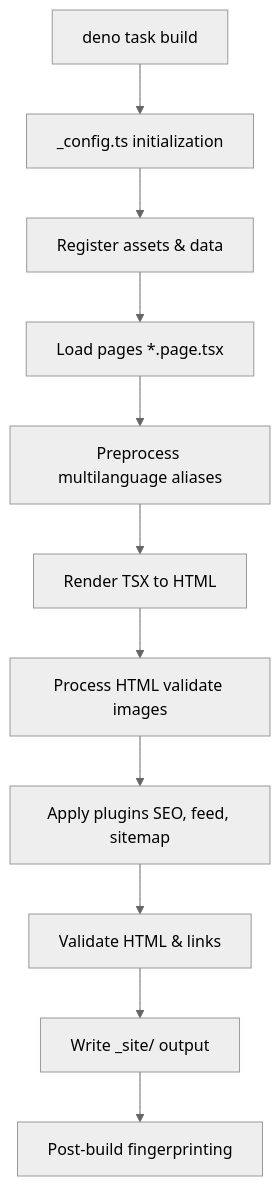
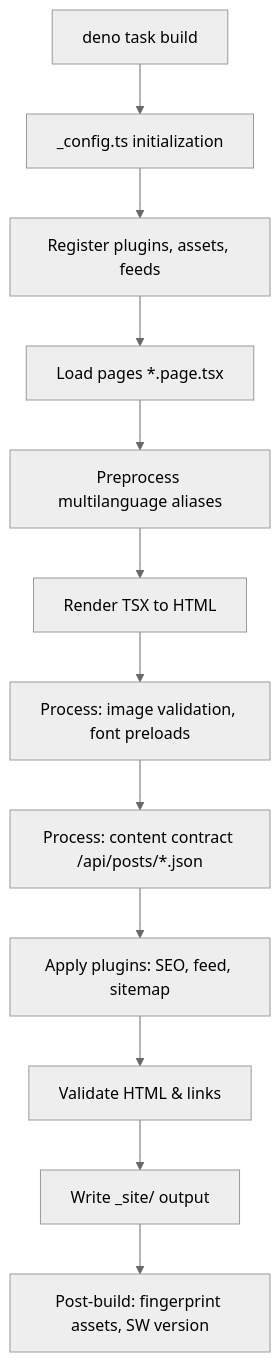
The third of 3 diagrams in ARCHITECTURE.md (frenchvandal/normco.re), drawn with Mermaid (neutral theme) before and after one commit. The commit also changed other lines of this file and 1 other file, not shown here.

First line of the commit message:
docs(architecture): rewrite ARCHITECTURE.md for Carbon migration

````diff
--- a/ARCHITECTURE.md
+++ b/ARCHITECTURE.md
@@ -82,13 +160,14 @@
 ```mermaid
 flowchart TD
     A[deno task build] --> B[_config.ts initialization]
-    B --> C[Register assets & data]
+    B --> C[Register plugins, assets, feeds]
     C --> D[Load pages *.page.tsx]
     D --> E[Preprocess multilanguage aliases]
     E --> F[Render TSX to HTML]
-    F --> G[Process HTML validate images]
-    G --> H[Apply plugins SEO, feed, sitemap]
-    H --> I[Validate HTML & links]
-    I --> J[Write _site/ output]
-    J --> K[Post-build fingerprinting]
+    F --> G[Process: image validation, font preloads]
+    G --> H[Process: content contract /api/posts/*.json]
+    H --> I[Apply plugins: SEO, feed, sitemap]
+    I --> J[Validate HTML & links]
+    J --> K[Write _site/ output]
+    K --> L[Post-build: fingerprint assets, SW version]
 ```
````
